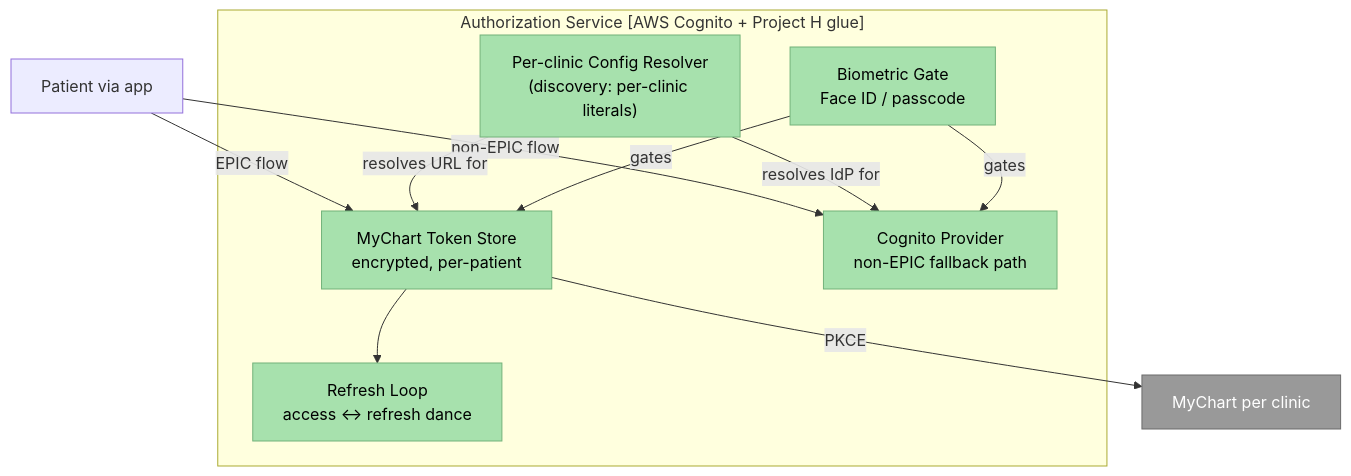
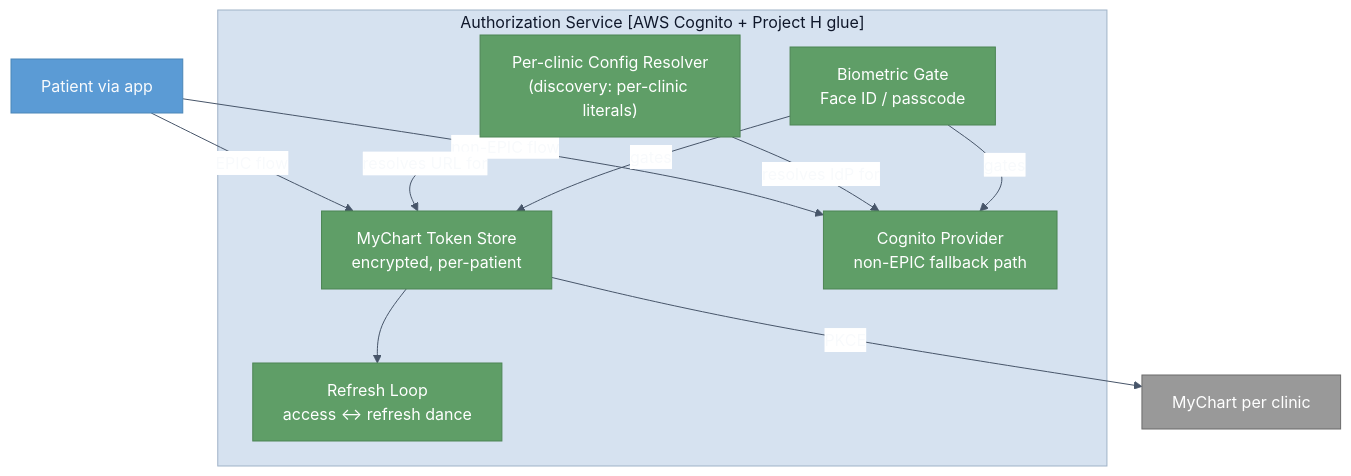
The diagram in docs/architecture/diagrams/c4-l3-authorization-service.md (andreidzemianchyk/ai-doc-sample), drawn with Mermaid before and after one commit. The commit also changed 9 other files, not shown here.

Commit message:
Align Mermaid fullscreen and inline rendering

````diff
--- a/docs/architecture/diagrams/c4-l3-authorization-service.md
+++ b/docs/architecture/diagrams/c4-l3-authorization-service.md
@@ -7,26 +7,26 @@
 ```mermaid
-%%{init: {'themeCSS': '.nodeLabel p,.nodeLabel span,.nodeLabel b,.nodeLabel i{color:#f8fafc !important;} .edgeLabel,.edgeLabel p,.edgeLabel span,.edgeLabel foreignObject div{color:#0f172a !important;} .edgeLabel foreignObject div{background:#ffffff !important;border-radius:2px;padding:1px 3px;} .labelBkg{fill:#ffffff !important;}'}}%%
+%%{init: {"theme":"base","themeVariables":{"primaryColor":"#5b9bd5","primaryBorderColor":"#4a86b8","primaryTextColor":"#f8fafc","secondaryColor":"#d6e2f0","secondaryBorderColor":"#9fb3c8","secondaryTextColor":"#0f172a","tertiaryColor":"#d6e2f0","tertiaryBorderColor":"#9fb3c8","tertiaryTextColor":"#0f172a","clusterBkg":"#d6e2f0","clusterBorder":"#9fb3c8","lineColor":"#475569","textColor":"#0f172a","background":"#ffffff","mainBkg":"#5b9bd5","secondBkg":"#d6e2f0","tertiaryBkg":"#d6e2f0","edgeLabelBackground":"#ffffff"},"themeCSS":".nodeLabel p,.nodeLabel span,.nodeLabel b,.nodeLabel i{color:#f8fafc !important;} .edgeLabel,.edgeLabel p,.edgeLabel span,.edgeLabel foreignObject div{color:#0f172a !important;} .edgeLabel foreignObject div{background:#ffffff !important;border-radius:2px;padding:1px 3px;} .labelBkg{fill:#ffffff !important;}"}}%%
 flowchart TB
-    classDef component fill:#a7e1ad,stroke:#73B27B,color:#000
+    classDef component fill:#5f9e67,stroke:#4d8555,color:#fff
     classDef ext fill:#999,stroke:#6B6B6B,color:#fff
 
     subgraph AUTH["Authorization Service [AWS Cognito + Project H glue]"]
         MCT["MyChart Token Store<br/>encrypted, per-patient"]:::component
         CP["Cognito Provider<br/>non-EPIC fallback path"]:::component
         PCR["Per-clinic Config Resolver<br/>(discovery: per-clinic literals)"]:::component
         RL["Refresh Loop<br/>access ↔ refresh dance"]:::component
         BG["Biometric Gate<br/>Face ID / passcode"]:::component
     end
 
     MC["MyChart per clinic"]:::ext
     Patient[Patient via app]
 
     Patient -- "EPIC flow" --> MCT
     Patient -- "non-EPIC flow" --> CP
     MCT -- "PKCE" --> MC
     PCR -- "resolves URL for" --> MCT
     PCR -- "resolves IdP for" --> CP
     MCT --> RL
     BG -- "gates" --> MCT
     BG -- "gates" --> CP
 ```
````
